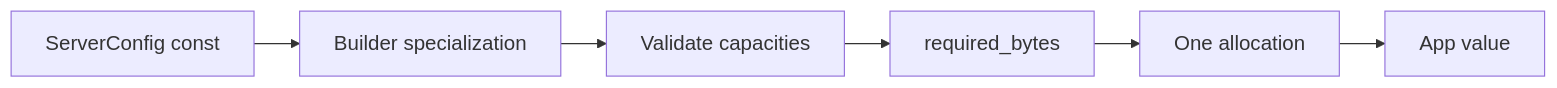
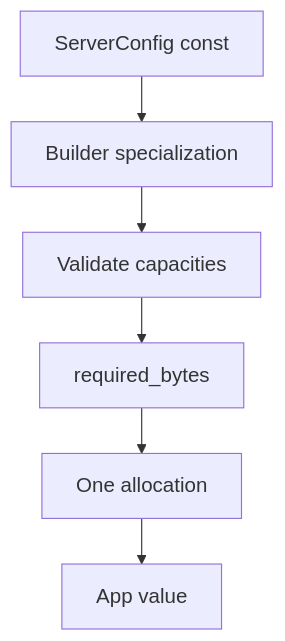
Before and after one commit to farbenbuilds/websites: the diagram in apps/uwz-docs/docs/docs/type-safety/compile-time-capacities.mdx, drawn with Mermaid. The commit also changed 138 other files, not shown here.

First line of the commit message:
docs(uwz-docs): add security, architecture, and performance sections (#53)

````diff
--- a/apps/uwz-docs/docs/docs/type-safety/compile-time-capacities.mdx
+++ b/apps/uwz-docs/docs/docs/type-safety/compile-time-capacities.mdx
@@ -89,11 +89,11 @@
 ```mermaid
-%%{init: {"themeVariables": {"fontSize": "18px"}, "flowchart": {"nodeSpacing": 30, "rankSpacing": 40}}}%%
-flowchart LR
+%%{init: {"themeVariables":{"fontSize":"18px"},"flowchart":{"nodeSpacing":30,"rankSpacing":40,"useMaxWidth":false}} }%%
+flowchart TB
     accTitle: Capacity to slab
     accDescr: A compile-time ServerConfig is validated, converted into a slab layout, allocated once, and used for the process lifetime.
     A["ServerConfig const"] --> B["Builder specialization"]
     B --> C["Validate capacities"]
     C --> D["required_bytes"]
     D --> E["One allocation"]
     E --> F["App value"]
 ```
````
